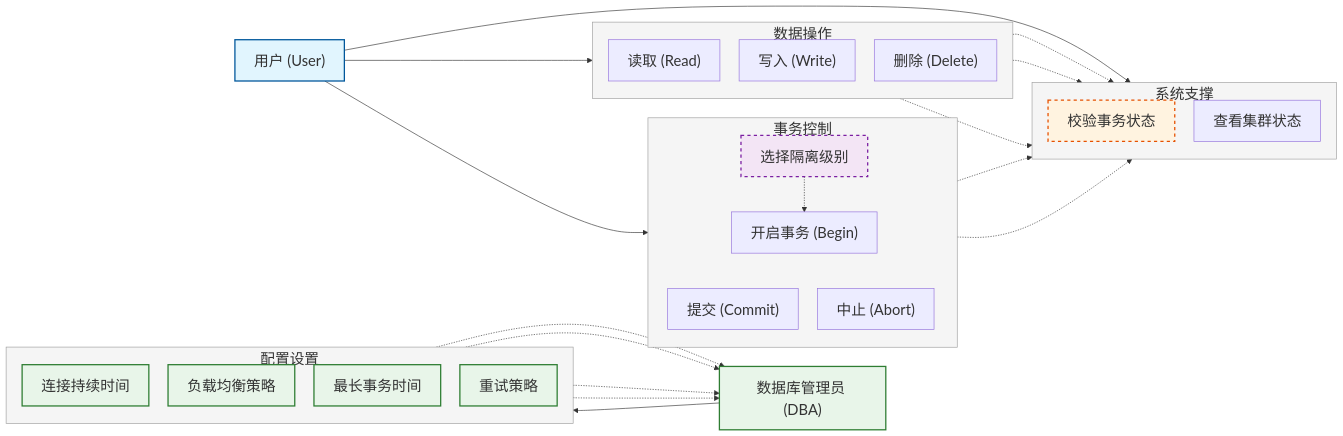
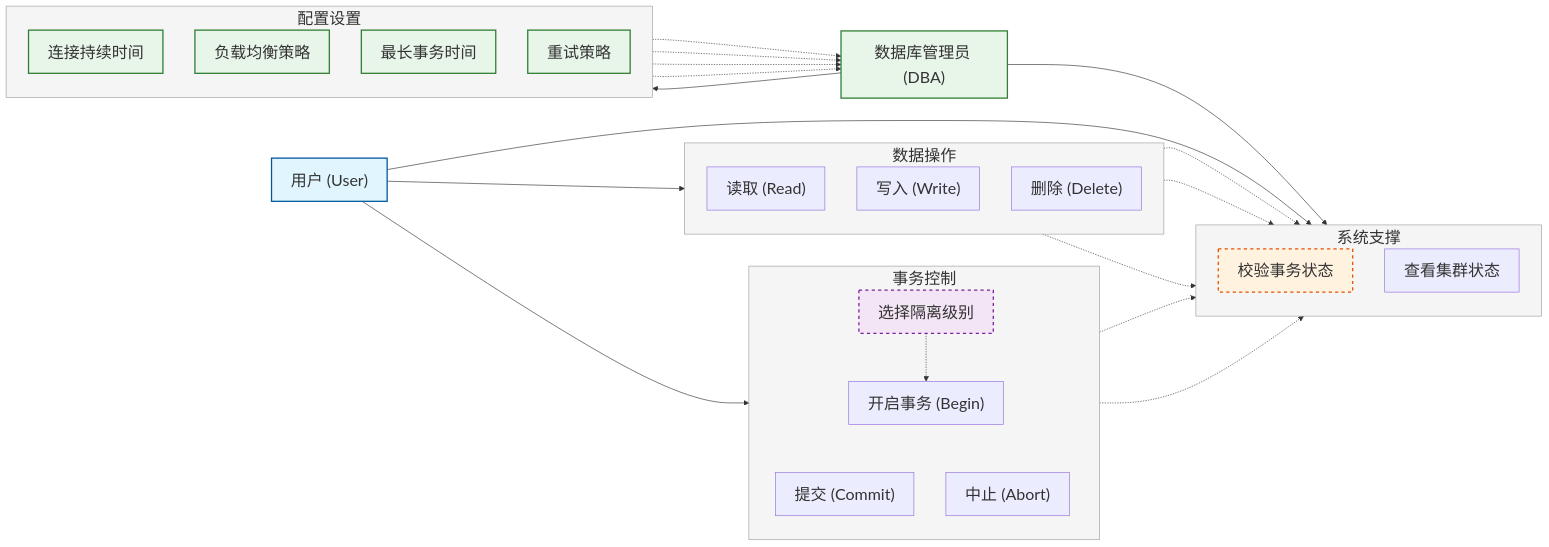
The diagram in figures/mmd/usercase.mmd (ZhangJihua0327/master-thesis), drawn with Mermaid before and after one commit. The commit also changed 10 other files, not shown here.

```diff
--- a/figures/mmd/usercase.mmd
+++ b/figures/mmd/usercase.mmd
@@ -1,77 +1,79 @@
-%%{init: {'theme': 'default', 'themeVariables': {'fontSize': '23px', 'noteFontSize': '21px'}, 'flowchart': {'nodeSpacing': 30, 'rankSpacing': 30}}}%%
+
+%%{init: {'theme': 'default', 'themeVariables': {'fontSize': '25px', 'fontFamily': 'sans-serif, Arial', 'actorFontSize': '25px', 'messageFontSize': '25px', 'stateLabelFontSize': '25px', 'classText': '25px', 'noteFontSize': '23px'}, 'flowchart': { 'padding': 15}}}%%
 flowchart LR
     direction LR
     
     User["用户 (User)"]
     DBA["数据库管理员 (DBA)"]
     
     subgraph TxnControl["事务控制"]
         direction TB
         UC_Begin["开启事务 (Begin)"]
         UC_Isolation["选择隔离级别"]
         UC_Commit["提交 (Commit)"]
         UC_Abort["中止 (Abort)"]
     end
     
     subgraph DataOps["数据操作"]
         direction TB
         UC_Read["读取 (Read)"]
         UC_Write["写入 (Write)"]
         UC_Delete["删除 (Delete)"]
     end
     
     subgraph Config["配置设置"]
         direction TB
         UC_ConnDuration["连接持续时间"]
         UC_LBStrategy["负载均衡策略"]
         UC_TxnTimeout["最长事务时间"]
         UC_RetryPolicy["重试策略"]
     end
     
     subgraph System["系统支撑"]
         direction TB
         UC_Validate["校验事务状态"]
         UC_Status["查看集群状态"]
     end
 
     %% 用户连接事务控制、数据操作、系统支撑
     User --> TxnControl
     User --> DataOps
     User --> System
 
     %% 数据库管理员连接配置设置
     DBA --> Config
+    DBA --> UC_Status
 
     %% 事务内部逻辑
     UC_Isolation -.-> UC_Begin
     UC_Begin ~~~ UC_Commit
     UC_Begin ~~~ UC_Abort
     
     %% 数据操作依赖校验
     UC_Read -.-> UC_Validate
     UC_Write -.-> UC_Validate
     UC_Delete -.-> UC_Validate
     
     %% 提交/中止也依赖校验
     UC_Commit -.-> UC_Validate
     UC_Abort -.-> UC_Validate
     
     %% 配置项与管理员关联
     UC_ConnDuration -.-> DBA
     UC_LBStrategy -.-> DBA
     UC_TxnTimeout -.-> DBA
     UC_RetryPolicy -.-> DBA
 
     %% 样式定义
     style User fill:#e1f5fe,stroke:#01579b,stroke-width:2px
     style DBA fill:#e8f5e9,stroke:#2e7d32,stroke-width:2px
     style UC_Isolation fill:#f3e5f5,stroke:#7b1fa2,stroke-width:2px,stroke-dasharray:5 5
     style UC_Validate fill:#fff3e0,stroke:#e65100,stroke-width:2px,stroke-dasharray:5 5
     style UC_ConnDuration fill:#e8f5e9,stroke:#2e7d32,stroke-width:2px
     style UC_LBStrategy fill:#e8f5e9,stroke:#2e7d32,stroke-width:2px
     style UC_TxnTimeout fill:#e8f5e9,stroke:#2e7d32,stroke-width:2px
     style UC_RetryPolicy fill:#e8f5e9,stroke:#2e7d32,stroke-width:2px
     style TxnControl fill:#f5f5f5,stroke:#9e9e9e,stroke-width:1px
     style DataOps fill:#f5f5f5,stroke:#9e9e9e,stroke-width:1px
     style Config fill:#f5f5f5,stroke:#9e9e9e,stroke-width:1px
     style System fill:#f5f5f5,stroke:#9e9e9e,stroke-width:1px
```
